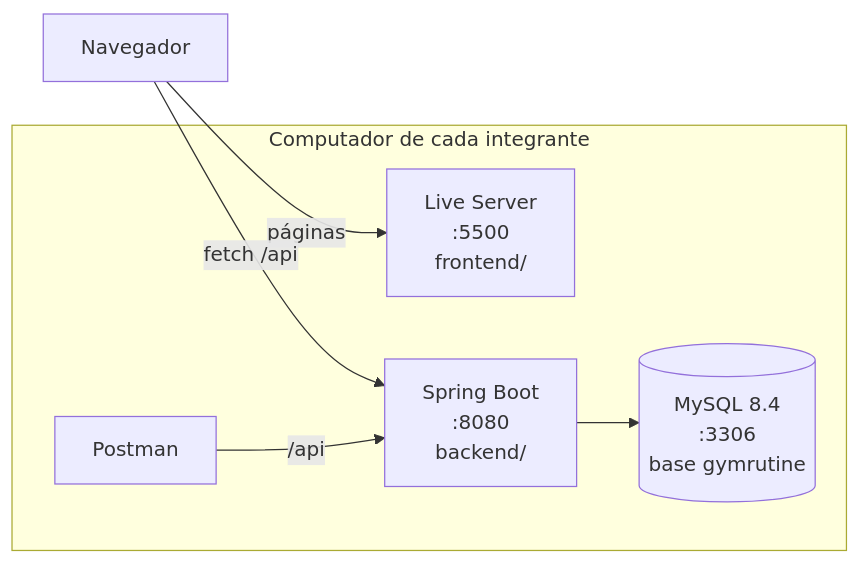
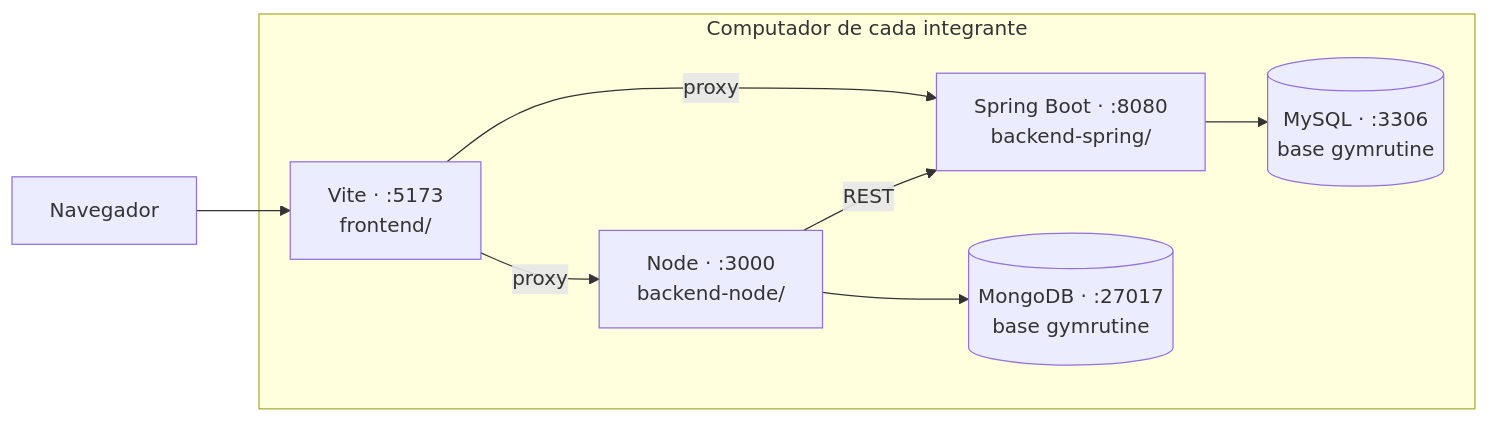
Before and after one commit to rancesra/gymrutine: the sixth of 6 diagrams in docs/ARQUITECTURA.md, drawn with Mermaid. The commit also changed other lines of this file and 14 other files, not shown here.

````diff
--- a/docs/ARQUITECTURA.md
+++ b/docs/ARQUITECTURA.md
@@ -205,13 +277,16 @@
 ```mermaid
 graph LR
     subgraph PC["Computador de cada integrante"]
-        LS["Live Server<br/>:5500<br/>frontend/"]
-        SB["Spring Boot<br/>:8080<br/>backend/"]
-        MY[("MySQL 8.4<br/>:3306<br/>base gymrutine")]
-        PM["Postman"]
+        VT["Vite · :5173<br/>frontend/"]
+        SP["Spring Boot · :8080<br/>backend-spring/"]
+        ND["Node · :3000<br/>backend-node/"]
+        MY[("MySQL · :3306<br/>base gymrutine")]
+        MG[("MongoDB · :27017<br/>base gymrutine")]
     end
-    B["Navegador"] -->|"páginas"| LS
-    B -->|"fetch /api"| SB
-    PM -->|"/api"| SB
-    SB --> MY
+    B["Navegador"] --> VT
+    VT -->|"proxy"| SP
+    VT -->|"proxy"| ND
+    ND -->|"REST"| SP
+    SP --> MY
+    ND --> MG
 ```
````
